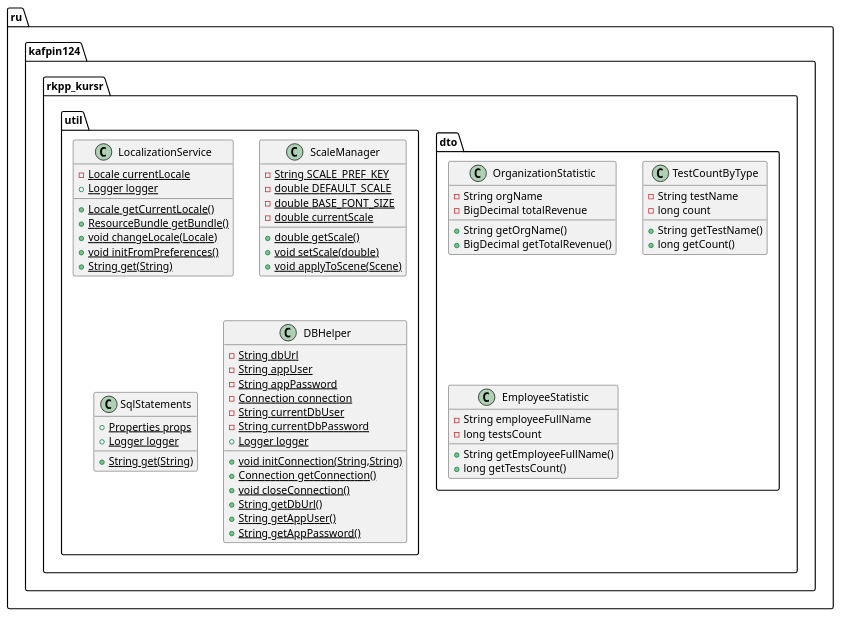
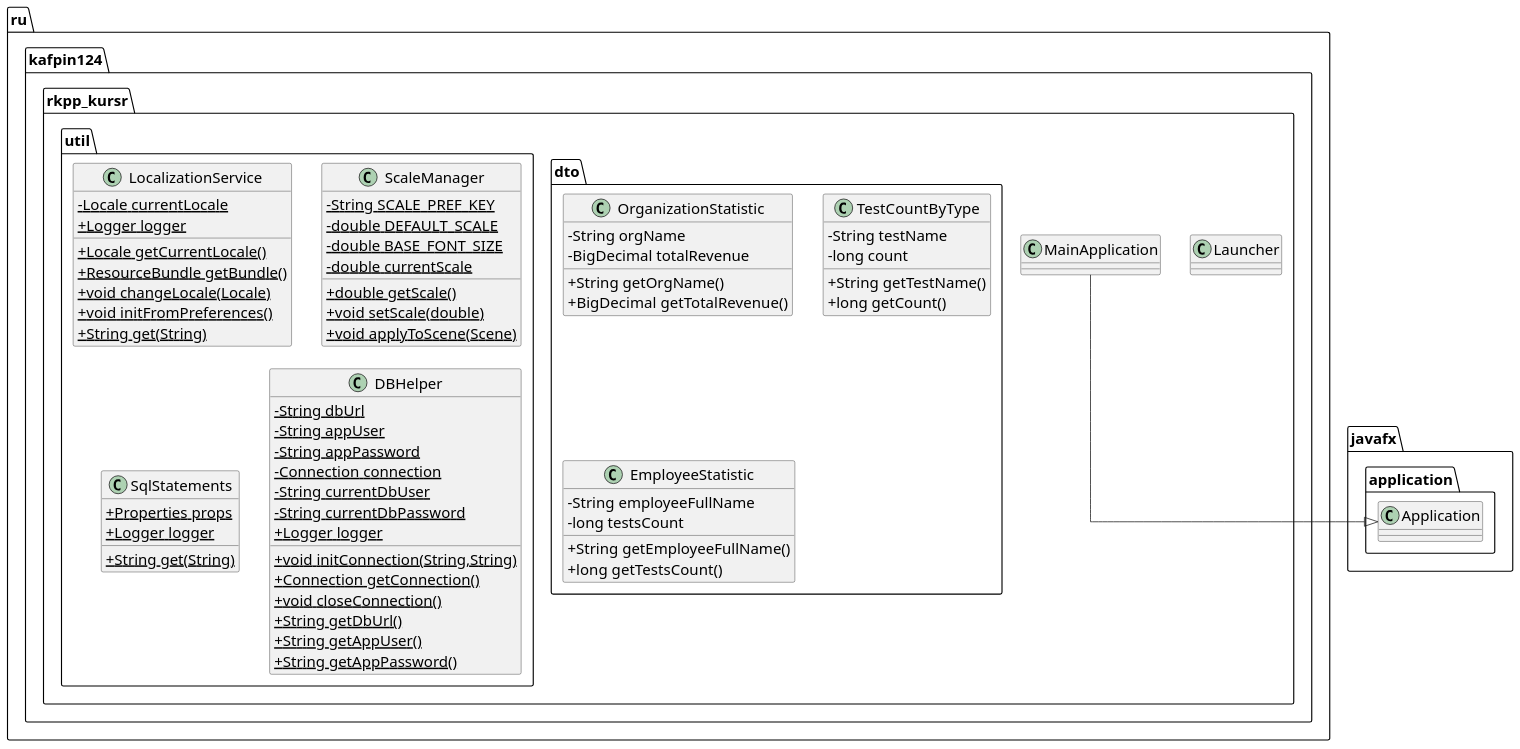
The diagram in diagrams/dto+util.puml (KirilOdin/RKPP_KursR), drawn with PlantUML before and after one commit. The commit also changed 7 other files, not shown here.

```diff
--- a/diagrams/dto+util.puml
+++ b/diagrams/dto+util.puml
@@ -1,72 +1,84 @@
 @startuml
+top to bottom direction
+skinparam linetype ortho
+skinparam nodesep 40
+skinparam ranksep 30
+skinparam defaultFontSize 20
+skinparam classAttributeIconSize 0
 class ru.kafpin124.rkpp_kursr.dto.OrganizationStatistic {
 - String orgName
 - BigDecimal totalRevenue
 + String getOrgName()
 + BigDecimal getTotalRevenue()
 }
 
 
 class ru.kafpin124.rkpp_kursr.dto.TestCountByType {
 - String testName
 - long count
 + String getTestName()
 + long getCount()
 }
 
 
 class ru.kafpin124.rkpp_kursr.dto.EmployeeStatistic {
 - String employeeFullName
 - long testsCount
 + String getEmployeeFullName()
 + long getTestsCount()
 }
 
 
 class ru.kafpin124.rkpp_kursr.util.LocalizationService {
 - {static} Locale currentLocale
 + {static} Logger logger
 + {static} Locale getCurrentLocale()
 + {static} ResourceBundle getBundle()
 + {static} void changeLocale(Locale)
 + {static} void initFromPreferences()
 + {static} String get(String)
 }
 
 
 class ru.kafpin124.rkpp_kursr.util.ScaleManager {
 - {static} String SCALE_PREF_KEY
 - {static} double DEFAULT_SCALE
 - {static} double BASE_FONT_SIZE
 - {static} double currentScale
 + {static} double getScale()
 + {static} void setScale(double)
 + {static} void applyToScene(Scene)
 }
 
 
 class ru.kafpin124.rkpp_kursr.util.SqlStatements {
 + {static} Properties props
 + {static} Logger logger
 + {static} String get(String)
 }
 
 
 class ru.kafpin124.rkpp_kursr.util.DBHelper {
 - {static} String dbUrl
 - {static} String appUser
 - {static} String appPassword
 - {static} Connection connection
 - {static} String currentDbUser
 - {static} String currentDbPassword
 + {static} Logger logger
 + {static} void initConnection(String,String)
 + {static} Connection getConnection()
 + {static} void closeConnection()
 + {static} String getDbUrl()
 + {static} String getAppUser()
 + {static} String getAppPassword()
 }
 
+    class ru.kafpin124.rkpp_kursr.MainApplication
+   class ru.kafpin124.rkpp_kursr.Launcher
 
+
+MainApplication -[hidden]right- Launcher
+
+javafx.application.Application <|--up MainApplication
 @enduml
```
